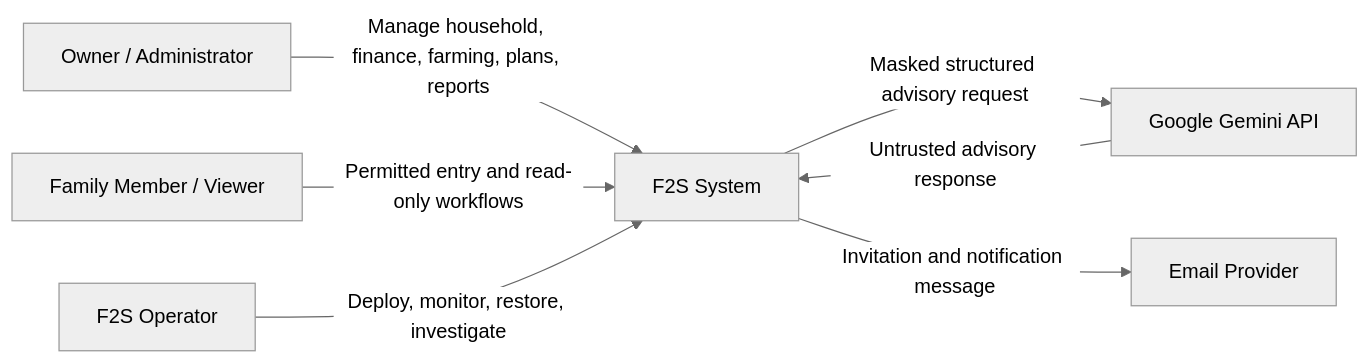
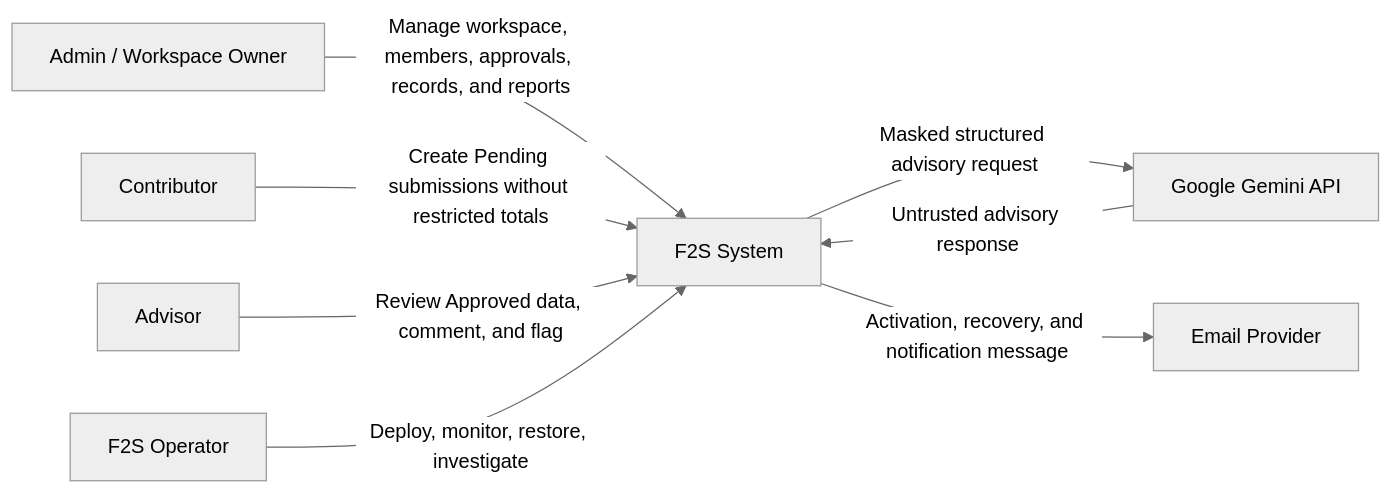
Before and after one commit to saiteinthine1020-source/F2S: the first of 5 diagrams in docs/07_System_Architecture.md, drawn with Mermaid (neutral theme). The commit also changed other lines of this file and 36 other files, not shown here.

````diff
--- a/docs/07_System_Architecture.md
+++ b/docs/07_System_Architecture.md
@@ -28,16 +28,18 @@
 ```mermaid
 flowchart LR
-    Owner["Owner / Administrator"]
-    Member["Family Member / Viewer"]
+    Admin["Admin / Workspace Owner"]
+    Contributor["Contributor"]
+    Advisor["Advisor"]
     Operator["F2S Operator"]
     F2S["F2S System"]
     Gemini["Google Gemini API"]
     Mail["Email Provider"]
 
-    Owner -->|"Manage household, finance, farming, plans, reports"| F2S
-    Member -->|"Permitted entry and read-only workflows"| F2S
+    Admin -->|"Manage workspace, members, approvals, records, and reports"| F2S
+    Contributor -->|"Create Pending submissions without restricted totals"| F2S
+    Advisor -->|"Review Approved data, comment, and flag"| F2S
     Operator -->|"Deploy, monitor, restore, investigate"| F2S
     F2S -->|"Masked structured advisory request"| Gemini
     Gemini -->|"Untrusted advisory response"| F2S
-    F2S -->|"Invitation and notification message"| Mail
+    F2S -->|"Activation, recovery, and notification message"| Mail
 ```
````
